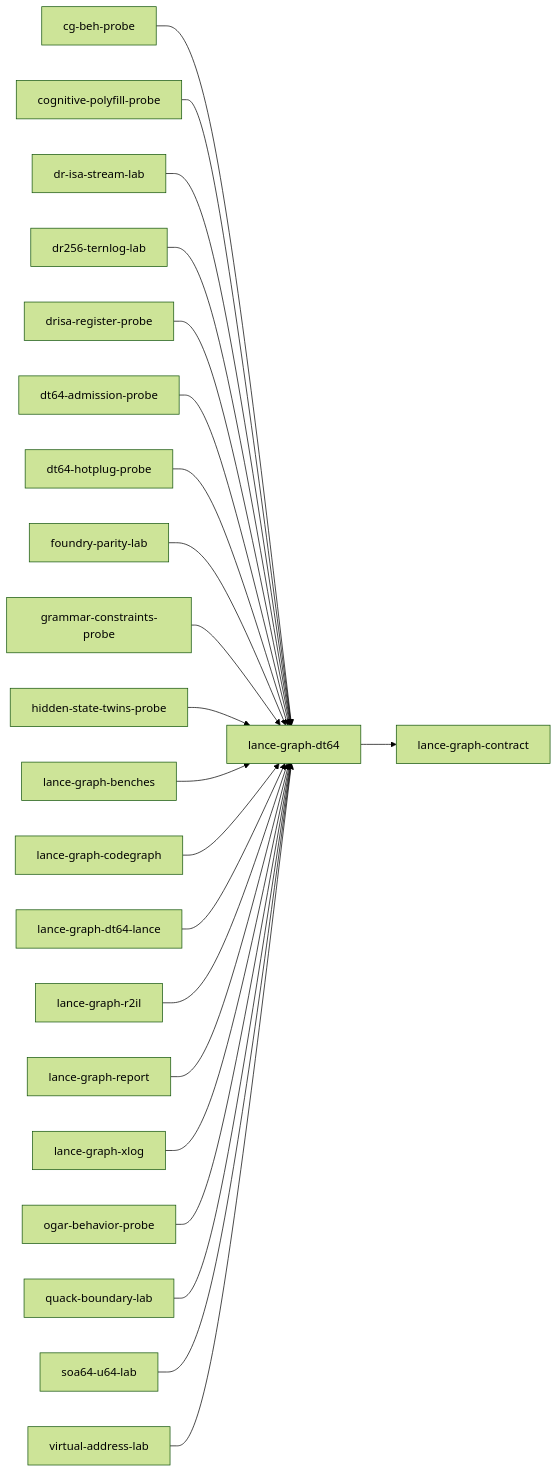
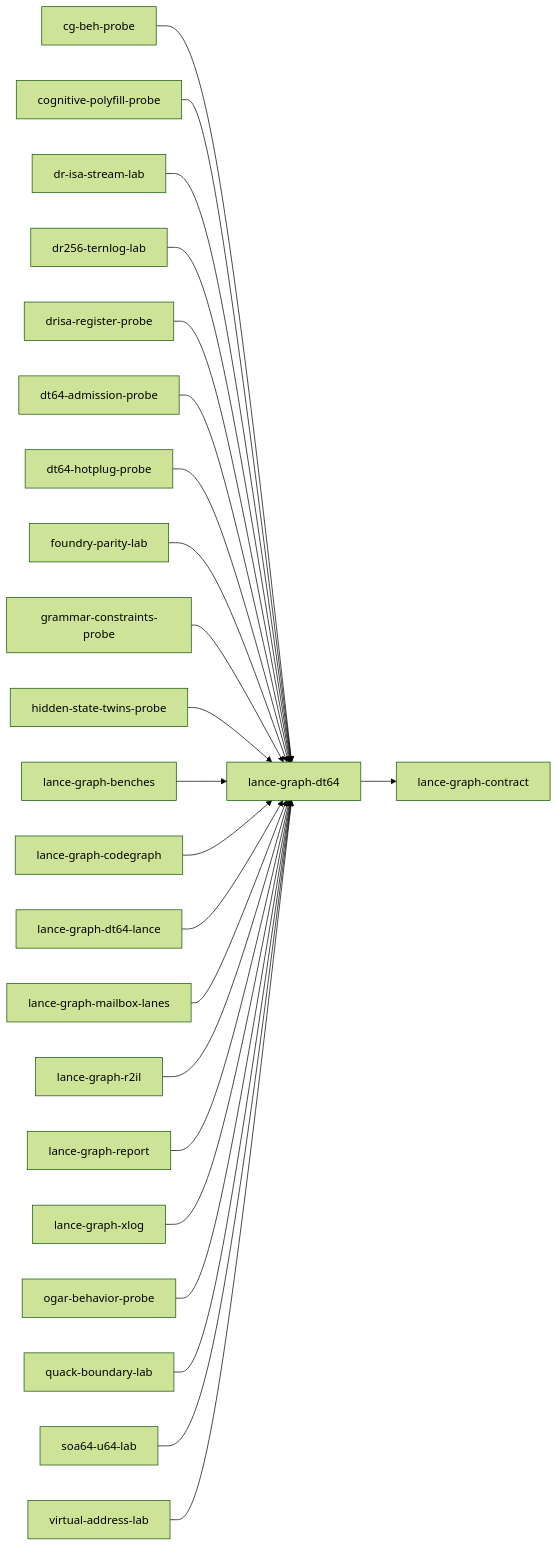
The diagram in .codegraph/crates/lance-graph-dt64.index.md (AdaWorldAPI/lance-graph), drawn with Mermaid (forest theme) before and after one commit. The commit also changed other lines of this file and 102 other files, not shown here.

````diff
--- a/.codegraph/crates/lance-graph-dt64.index.md
+++ b/.codegraph/crates/lance-graph-dt64.index.md
@@ -276,46 +278,48 @@
 ```mermaid
 flowchart LR
   n4["cg-beh-probe"]
   n6["cognitive-polyfill-probe"]
   n13["dr-isa-stream-lab"]
   n15["dr256-ternlog-lab"]
   n17["drisa-register-probe"]
   n18["dt64-admission-probe"]
   n19["dt64-hotplug-probe"]
   n23["foundry-parity-lab"]
   n25["grammar-constraints-probe"]
   n27["hidden-state-twins-probe"]
   n38["lance-graph-benches"]
   n42["lance-graph-codegraph"]
   n45["lance-graph-contract"]
   n48["lance-graph-dt64"]
   n49["lance-graph-dt64-lance"]
-  n64["lance-graph-r2il"]
-  n67["lance-graph-report"]
-  n72["lance-graph-xlog"]
-  n76["ogar-behavior-probe"]
-  n81["quack-boundary-lab"]
-  n89["soa64-u64-lab"]
-  n97["virtual-address-lab"]
+  n53["lance-graph-mailbox-lanes"]
+  n65["lance-graph-r2il"]
+  n68["lance-graph-report"]
+  n73["lance-graph-xlog"]
+  n77["ogar-behavior-probe"]
+  n82["quack-boundary-lab"]
+  n90["soa64-u64-lab"]
+  n98["virtual-address-lab"]
   n4 --> n48
   n6 --> n48
   n13 --> n48
   n15 --> n48
   n17 --> n48
   n18 --> n48
   n19 --> n48
   n23 --> n48
   n25 --> n48
   n27 --> n48
   n38 --> n48
   n42 --> n48
   n48 --> n45
   n49 --> n48
-  n64 --> n48
-  n67 --> n48
-  n72 --> n48
-  n76 --> n48
-  n81 --> n48
-  n89 --> n48
-  n97 --> n48
+  n53 --> n48
+  n65 --> n48
+  n68 --> n48
+  n73 --> n48
+  n77 --> n48
+  n82 --> n48
+  n90 --> n48
+  n98 --> n48
 ```
````
